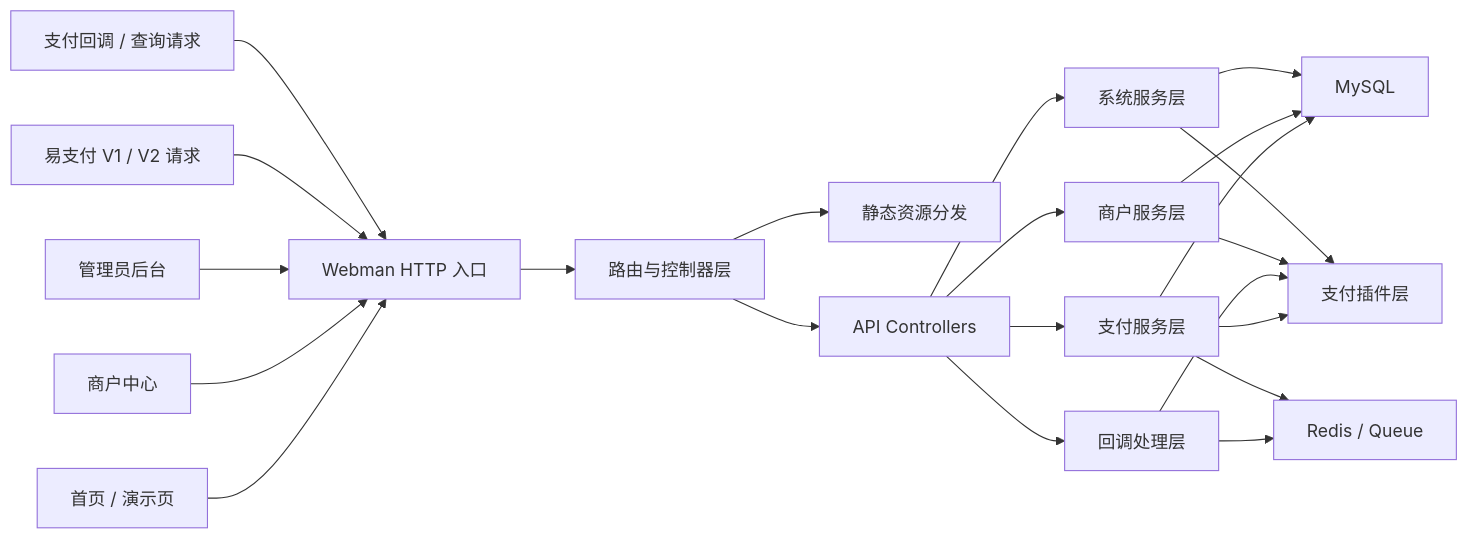
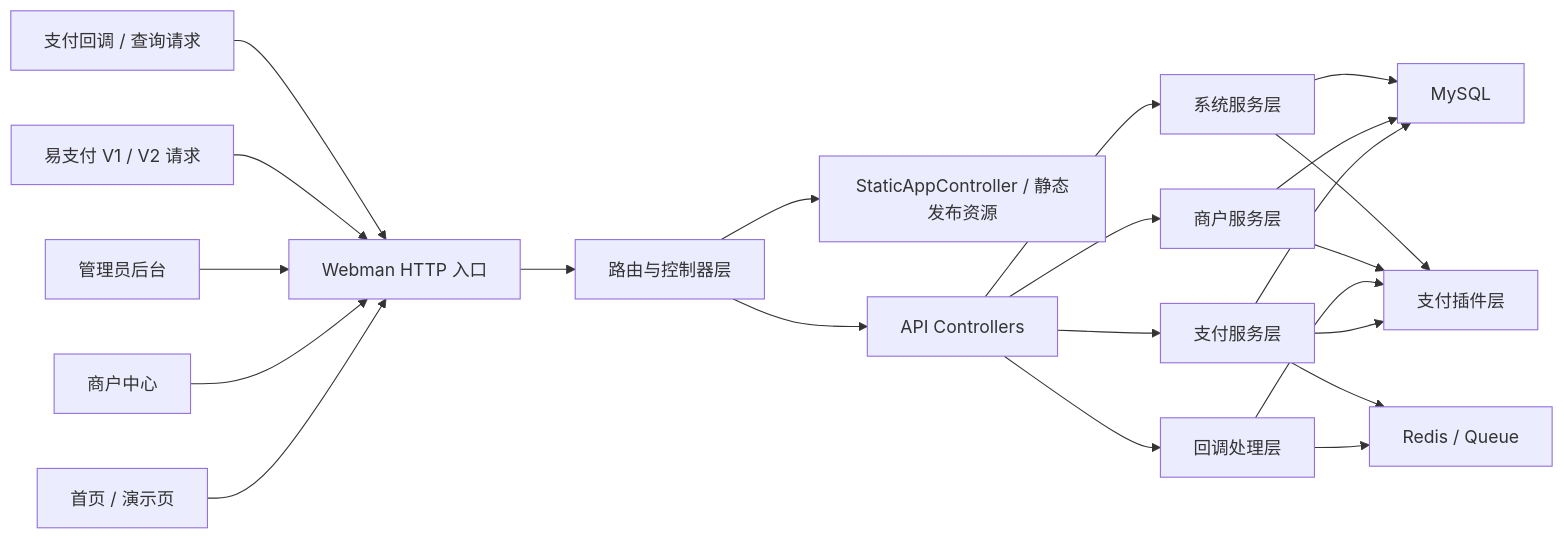
One commit to hzgz/NexPay changed the first of 3 diagrams in README.md. Above: the diagram before and after it, drawn with Mermaid. The commit also changed other lines of this file and 125 other files, not shown here.

````diff
--- a/README.md
+++ b/README.md
@@ -35,28 +61,28 @@
 ```mermaid
 flowchart LR
     Home["首页 / 演示页"] --> Webman["Webman HTTP 入口"]
     Merchant["商户中心"] --> Webman
     Admin["管理员后台"] --> Webman
     Compat["易支付 V1 / V2 请求"] --> Webman
     Callback["支付回调 / 查询请求"] --> Webman
 
     Webman --> Router["路由与控制器层"]
-    Router --> Static["静态资源分发"]
+    Router --> Static["StaticAppController / 静态发布资源"]
     Router --> Api["API Controllers"]
 
     Api --> Payment["支付服务层"]
     Api --> MerchantSvc["商户服务层"]
     Api --> SystemSvc["系统服务层"]
     Api --> CallbackSvc["回调处理层"]
 
     Payment --> Plugins["支付插件层"]
     CallbackSvc --> Plugins
     MerchantSvc --> Plugins
     SystemSvc --> Plugins
 
     Payment --> MySQL["MySQL"]
     MerchantSvc --> MySQL
     SystemSvc --> MySQL
     CallbackSvc --> Redis["Redis / Queue"]
     Payment --> Redis
 ```
````
